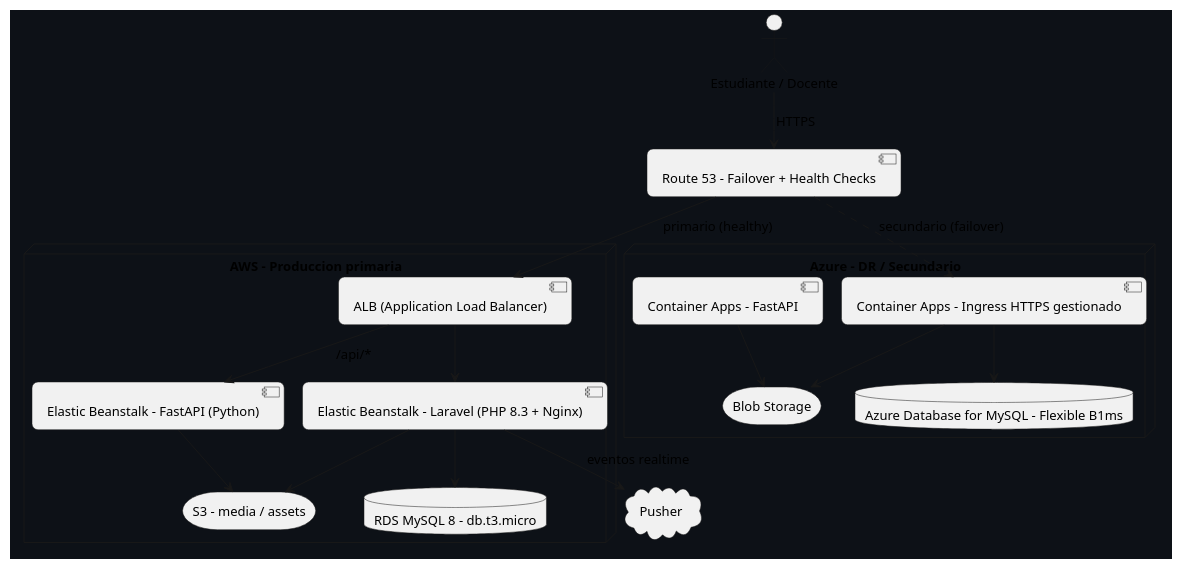
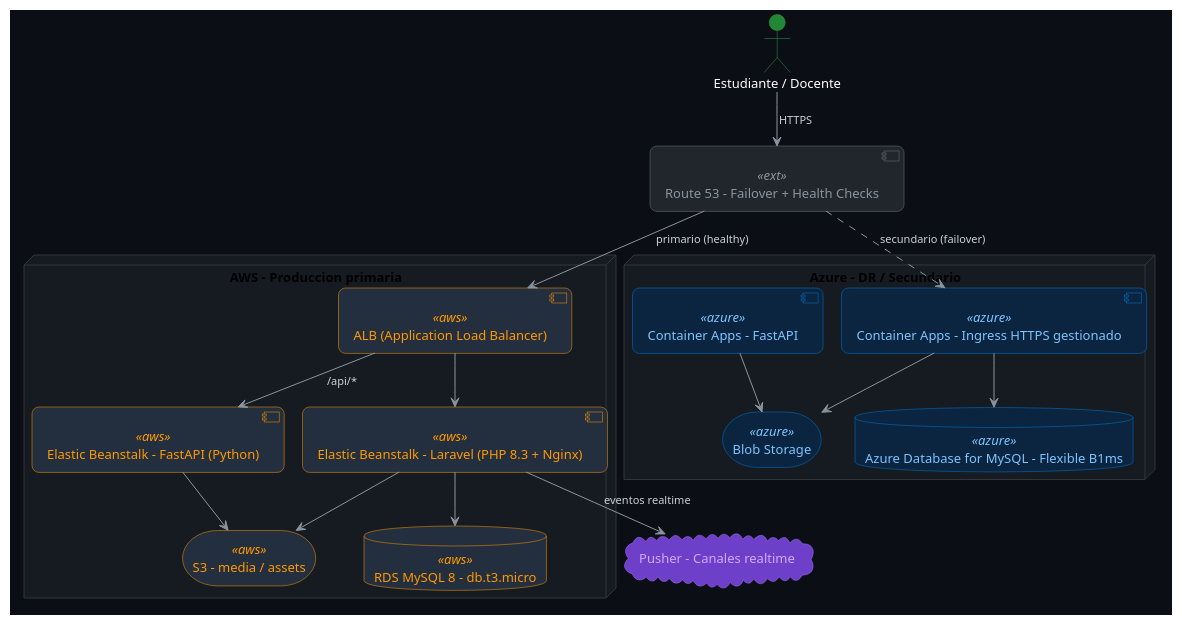
The first of 11 diagrams in docs/despliegue-multicloud.md (Aisaac123/KeyNography-), drawn with PlantUML before and after one commit. The commit also changed other lines of this file, not shown here.

Commit message:
diagrams docs fix

````diff
--- a/docs/despliegue-multicloud.md
+++ b/docs/despliegue-multicloud.md
@@ -53,31 +53,89 @@
 ```plantuml
 @startuml Arquitectura Alto Nivel - KeyNography MultiCloud
 !pragma layout smetana
-skinparam backgroundColor #0d1117
+top to bottom direction
+skinparam backgroundColor #0B0E14
 skinparam shadowing false
 skinparam defaultFontName "Segoe UI"
 skinparam defaultFontSize 13
-skinparam roundcorner 12
-skinparam nodesep 40
-skinparam ranksep 60
+skinparam roundcorner 14
+skinparam nodesep 45
+skinparam ranksep 55
+skinparam ArrowColor #8B949E
+skinparam ArrowFontColor #C9D1D9
+skinparam ArrowFontSize 11
+skinparam actor {
+  BackgroundColor #238636
+  BorderColor #2EA043
+  FontColor #FFFFFF
+}
+skinparam node {
+  BackgroundColor #161B22
+  BorderColor #30363D
+}
+skinparam component {
+  BackgroundColor #21262D
+  BorderColor #58A6FF
+  FontColor #C9D1D9
+}
+skinparam component<<aws>> {
+  BackgroundColor #232F3E
+  BorderColor #FF9900
+  FontColor #FF9900
+}
+skinparam component<<azure>> {
+  BackgroundColor #0B2540
+  BorderColor #0078D4
+  FontColor #7CC4FF
+}
+skinparam database<<aws>> {
+  BackgroundColor #232F3E
+  BorderColor #FF9900
+  FontColor #FF9900
+}
+skinparam database<<azure>> {
+  BackgroundColor #0B2540
+  BorderColor #0078D4
+  FontColor #7CC4FF
+}
+skinparam storage<<aws>> {
+  BackgroundColor #232F3E
+  BorderColor #FF9900
+  FontColor #FF9900
+}
+skinparam storage<<azure>> {
+  BackgroundColor #0B2540
+  BorderColor #0078D4
+  FontColor #7CC4FF
+}
+skinparam component<<ext>> {
+  BackgroundColor #21262D
+  BorderColor #6E7681
+  FontColor #8B949E
+}
+skinparam cloud {
+  BackgroundColor #6E40C9
+  BorderColor #A371F7
+  FontColor #D2A8FF
+}
 
 actor "Estudiante / Docente" as user
-component "Route 53 - Failover + Health Checks" as r53
-cloud "Pusher" as pusher
+component "Route 53 - Failover + Health Checks" as r53 <<ext>>
+cloud "Pusher - Canales realtime" as pusher
 
-node "AWS - Produccion primaria" as aws {
-  component "ALB (Application Load Balancer)" as alb
-  component "Elastic Beanstalk - Laravel (PHP 8.3 + Nginx)" as ebapp
-  component "Elastic Beanstalk - FastAPI (Python)" as ebapi
-  database "RDS MySQL 8 - db.t3.micro" as rds
-  storage "S3 - media / assets" as s3
+node "AWS - Produccion primaria" {
+  component "ALB (Application Load Balancer)" as alb <<aws>>
+  component "Elastic Beanstalk - Laravel (PHP 8.3 + Nginx)" as ebapp <<aws>>
+  component "Elastic Beanstalk - FastAPI (Python)" as ebapi <<aws>>
+  database "RDS MySQL 8 - db.t3.micro" as rds <<aws>>
+  storage "S3 - media / assets" as s3 <<aws>>
 }
 
-node "Azure - DR / Secundario" as azure {
-  component "Container Apps - Ingress HTTPS gestionado" as caapp
-  component "Container Apps - FastAPI" as caapi
-  database "Azure Database for MySQL - Flexible B1ms" as azdb
-  storage "Blob Storage" as blob
+node "Azure - DR / Secundario" {
+  component "Container Apps - Ingress HTTPS gestionado" as caapp <<azure>>
+  component "Container Apps - FastAPI" as caapi <<azure>>
+  database "Azure Database for MySQL - Flexible B1ms" as azdb <<azure>>
+  storage "Blob Storage" as blob <<azure>>
 }
 
 user --> r53 : HTTPS
````
